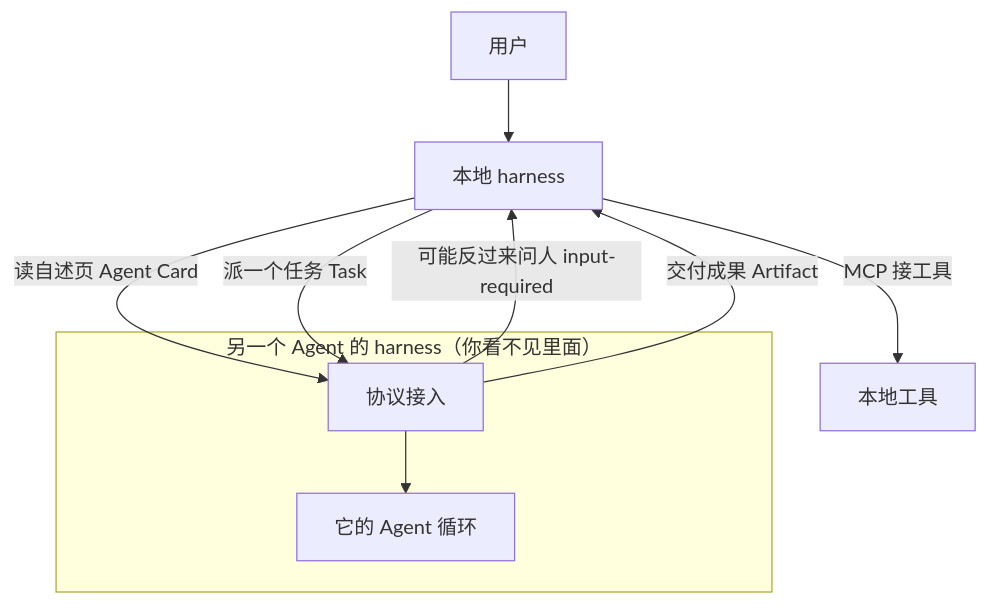
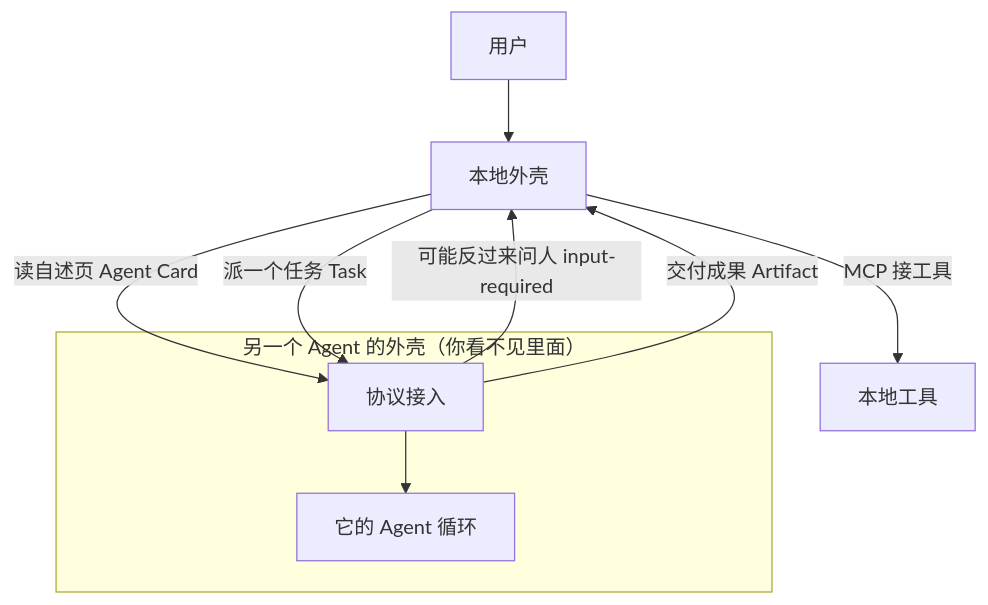
One commit to Laughingtt/agentkit changed the first of 3 diagrams in part-4-harness工程/ch19-a2a协议.md. Above: the diagram before and after it, drawn with Mermaid. The commit also changed other lines of this file and 15 other files, not shown here.

````diff
--- a/part-4-harness工程/ch19-a2a协议.md
+++ b/part-4-harness工程/ch19-a2a协议.md
@@ -22,16 +22,16 @@
 ```mermaid
 graph TD
-    U[用户] --> H1[本地 harness]
+    U[用户] --> H1[本地外壳]
 
-    subgraph 远端["另一个 Agent 的 harness（你看不见里面）"]
+    subgraph 远端["另一个 Agent 的外壳（你看不见里面）"]
         H2[协议接入]
         L2[它的 Agent 循环]
         H2 --> L2
     end
 
     H1 -->|读自述页 Agent Card| H2
     H1 -->|派一个任务 Task| H2
     H2 -->|可能反过来问人 input-required| H1
     H2 -->|交付成果 Artifact| H1
     H1 -->|MCP 接工具| T[本地工具]
 ```
````
